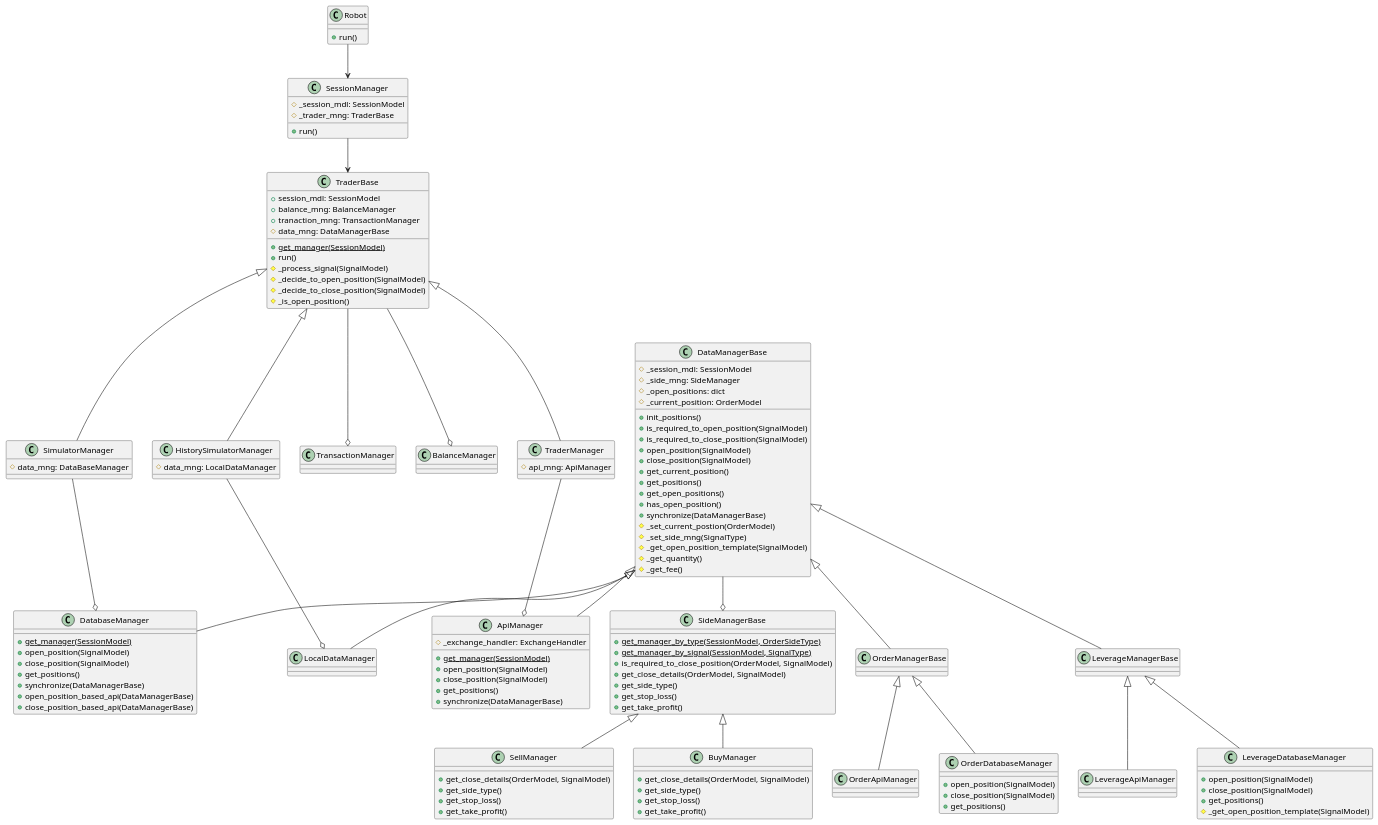
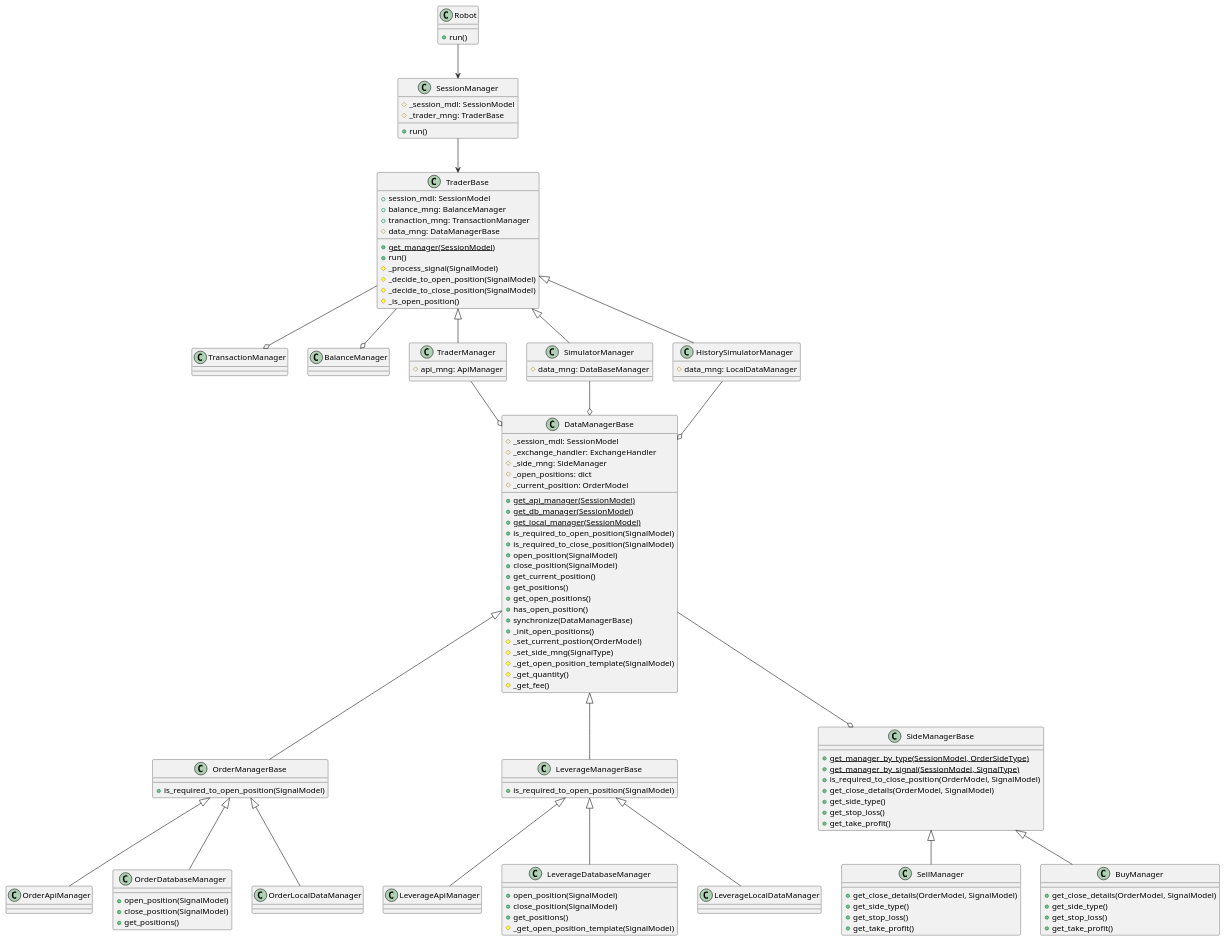
The diagram in design/uml_class_v2.plantuml (aliaksei-dunets-public/trading-tool-api), drawn with PlantUML before and after one commit. The commit also changed 6 other files, not shown here.

```diff
--- a/design/uml_class_v2.plantuml
+++ b/design/uml_class_v2.plantuml
@@ -1,161 +1,144 @@
 @startuml Class
 
 ' 1. During creation of the session check/schedule a job based on interval
 ' 2. The application job read active ssesions and procced the next steps for every session:
 ' 2.1. Read orders from the database
 ' 2.2. Read orders from exchange API
 ' 2.3. Get signals based on session config
 ' 2.4. Make a desicion regarding existing position/create a new position
 ' 2.4.1. Call API for open/close a position
 ' 2.4.2. Call DB
 ' 2.4.2.1. Add transaction
 ' 2.4.2.2. Update/Create the position
 ' 2.4.2.3. Update Balance
 
 ' The main class for trading - the first endpoint
 class Robot {
     +run()
 }
 
 class SessionManager {
     #_session_mdl: SessionModel
     #_trader_mng: TraderBase
 
     +run()
 }
 
 class TransactionManager
 
 class BalanceManager
 
 class TraderBase {
     +session_mdl: SessionModel
     +balance_mng: BalanceManager
     +tranaction_mng: TransactionManager
     #data_mng: DataManagerBase
 
     +{static} get_manager(SessionModel)
     +run()
     #_process_signal(SignalModel)
     #_decide_to_open_position(SignalModel)
     #_decide_to_close_position(SignalModel)
     #_is_open_position()
 }
 
 TraderBase --o BalanceManager
 TraderBase --o TransactionManager
 
 
 class TraderManager extends TraderBase {
     #api_mng: ApiManager
 }
 
-TraderManager --o ApiManager
-
 class SimulatorManager extends TraderBase {
     #data_mng: DataBaseManager
 }
-
-SimulatorManager --o DatabaseManager
 
 class HistorySimulatorManager extends TraderBase {
     #data_mng: LocalDataManager
 }
 
-HistorySimulatorManager --o LocalDataManager
-
 class DataManagerBase {
     #_session_mdl: SessionModel
+    #_exchange_handler: ExchangeHandler
     #_side_mng: SideManager
     #_open_positions: dict
     #_current_position: OrderModel
-
-    +init_positions()
+    +{static} get_api_manager(SessionModel)
+    +{static} get_db_manager(SessionModel)
+    +{static} get_local_manager(SessionModel)
     +is_required_to_open_position(SignalModel)
     +is_required_to_close_position(SignalModel)
     +open_position(SignalModel)
     +close_position(SignalModel)
     +get_current_position()
     +get_positions()
     +get_open_positions()
     +has_open_position()
     +synchronize(DataManagerBase)
+    +_init_open_positions()
     #_set_current_postion(OrderModel)
     #_set_side_mng(SignalType)
     #_get_open_position_template(SignalModel)
     #_get_quantity()
     #_get_fee()
 }
 
-DataManagerBase --o SideManagerBase
-
-class ApiManager extends DataManagerBase {
-    #_exchange_handler: ExchangeHandler
-
-    +{static} get_manager(SessionModel)
-    +open_position(SignalModel)
-    +close_position(SignalModel)
-    +get_positions()
-    +synchronize(DataManagerBase)
+class OrderManagerBase extends DataManagerBase {
+    +is_required_to_open_position(SignalModel)
 }
-
-class DatabaseManager extends DataManagerBase {
-    +{static} get_manager(SessionModel)
-    +open_position(SignalModel)
-    +close_position(SignalModel)
-    +get_positions()
-    +synchronize(DataManagerBase)
-    +open_position_based_api(DataManagerBase)
-    +close_position_based_api(DataManagerBase)
+class LeverageManagerBase extends DataManagerBase {
+    +is_required_to_open_position(SignalModel)
 }
-
-class LocalDataManager extends DataManagerBase {
-}
-
-class OrderManagerBase extends DataManagerBase
-class LeverageManagerBase extends DataManagerBase
 
 class OrderApiManager extends OrderManagerBase
 class LeverageApiManager extends LeverageManagerBase
 
 class OrderDatabaseManager extends OrderManagerBase {
     +open_position(SignalModel)
     +close_position(SignalModel)
     +get_positions()
 }
 
 class LeverageDatabaseManager extends LeverageManagerBase {
     +open_position(SignalModel)
     +close_position(SignalModel)
     +get_positions()
     #_get_open_position_template(SignalModel)
 }
+
+class OrderLocalDataManager extends OrderManagerBase
+class LeverageLocalDataManager extends LeverageManagerBase
 
 class SideManagerBase {
     +{static} get_manager_by_type(SessionModel, OrderSideType)
     +{static} get_manager_by_signal(SessionModel, SignalType)
     +is_required_to_close_position(OrderModel, SignalModel)
     +get_close_details(OrderModel, SignalModel)
     +get_side_type()
     +get_stop_loss()
     +get_take_profit()
 }
 
 class SellManager extends SideManagerBase {
     +get_close_details(OrderModel, SignalModel)
     +get_side_type()
     +get_stop_loss()
     +get_take_profit()
 }
 
 class BuyManager extends SideManagerBase {
     +get_close_details(OrderModel, SignalModel)
     +get_side_type()
     +get_stop_loss()
     +get_take_profit()
 }
 
 Robot --> SessionManager
 SessionManager --> TraderBase
+TraderManager --o DataManagerBase
+SimulatorManager --o DataManagerBase
+HistorySimulatorManager --o DataManagerBase
+DataManagerBase --o SideManagerBase
 
 @enduml
```
